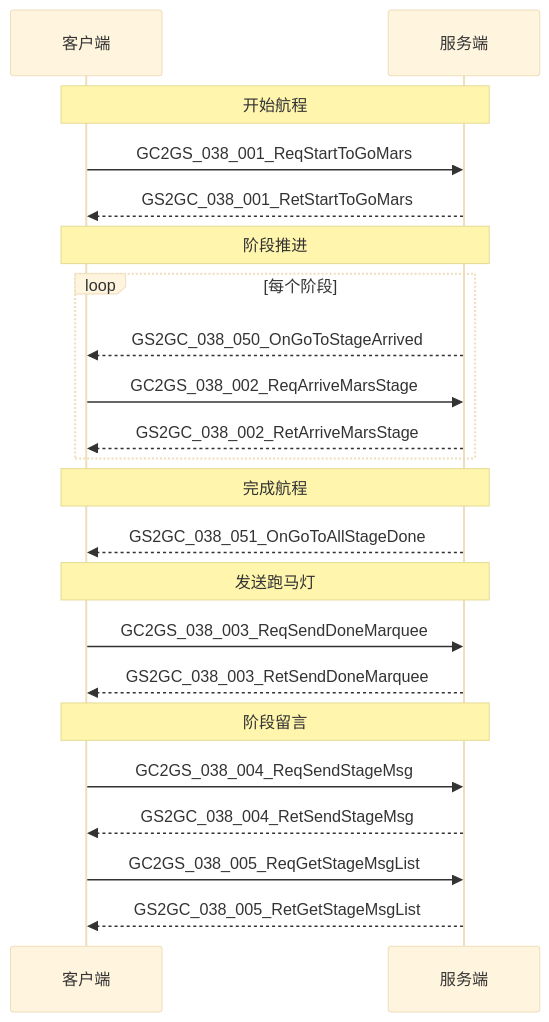
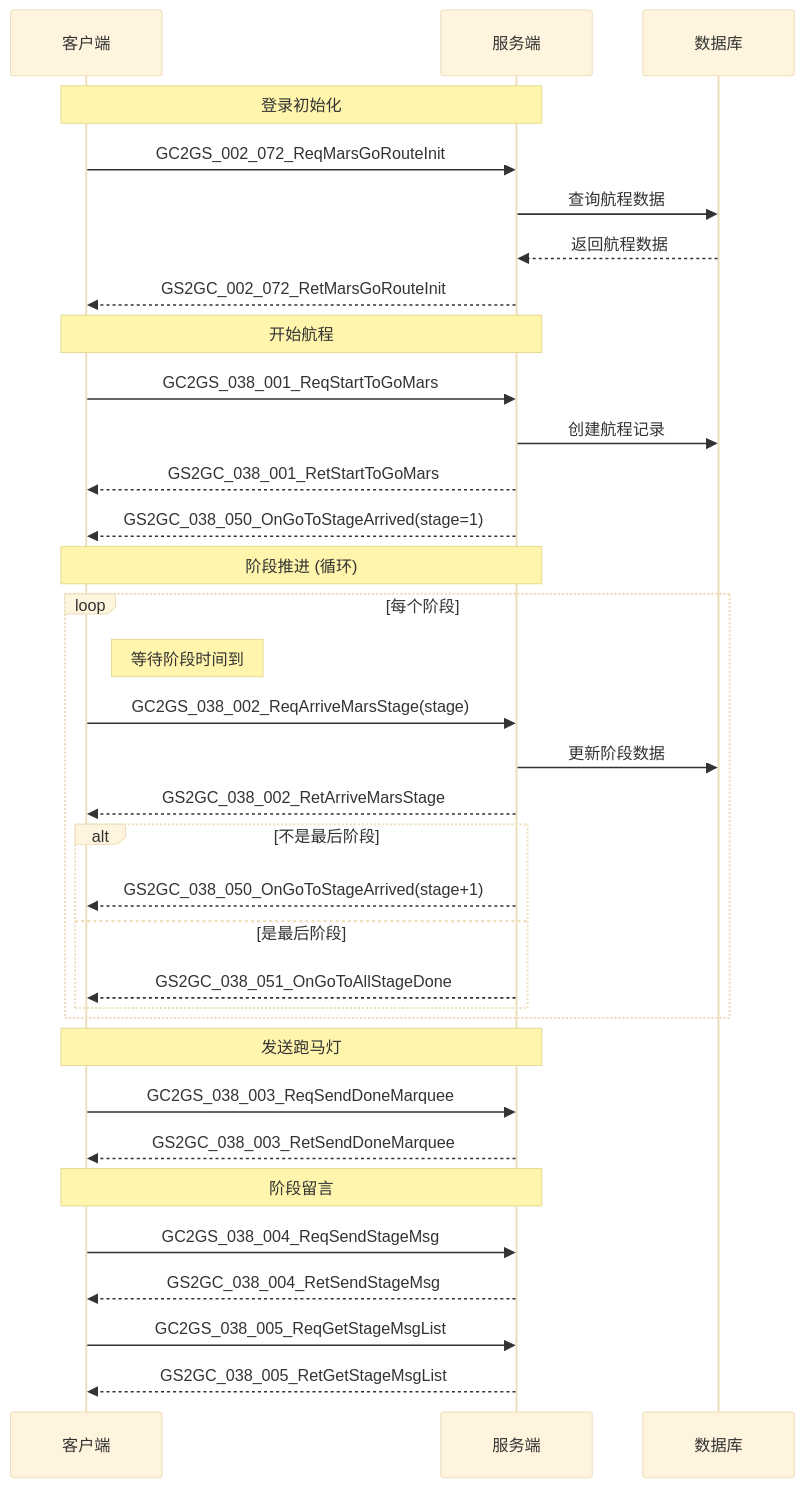
One commit to Alan-Ben/k2c_game_framework changed the second of 3 diagrams in docs/Module_Mars/02_协议文档.md. Above: the diagram before and after it, drawn with Mermaid (base theme). The commit also changed other lines of this file and 13 other files, not shown here.

````diff
--- a/docs/Module_Mars/02_协议文档.md
+++ b/docs/Module_Mars/02_协议文档.md
@@ -256,30 +391,43 @@
 ```mermaid
 sequenceDiagram
     participant Client as 客户端
     participant Server as 服务端
+    participant DB as 数据库
+
+    Note over Client,Server: 登录初始化
+    Client->>Server: GC2GS_002_072_ReqMarsGoRouteInit
+    Server->>DB: 查询航程数据
+    DB-->>Server: 返回航程数据
+    Server-->>Client: GS2GC_002_072_RetMarsGoRouteInit
 
     Note over Client,Server: 开始航程
     Client->>Server: GC2GS_038_001_ReqStartToGoMars
+    Server->>DB: 创建航程记录
     Server-->>Client: GS2GC_038_001_RetStartToGoMars
+    Server-->>Client: GS2GC_038_050_OnGoToStageArrived(stage=1)
 
-    Note over Client,Server: 阶段推进
+    Note over Client,Server: 阶段推进 (循环)
     loop 每个阶段
-        Server-->>Client: GS2GC_038_050_OnGoToStageArrived
-        Client->>Server: GC2GS_038_002_ReqArriveMarsStage
+        Note right of Client: 等待阶段时间到
+        Client->>Server: GC2GS_038_002_ReqArriveMarsStage(stage)
+        Server->>DB: 更新阶段数据
         Server-->>Client: GS2GC_038_002_RetArriveMarsStage
+
+        alt 不是最后阶段
+            Server-->>Client: GS2GC_038_050_OnGoToStageArrived(stage+1)
+        else 是最后阶段
+            Server-->>Client: GS2GC_038_051_OnGoToAllStageDone
+        end
     end
-
-    Note over Client,Server: 完成航程
-    Server-->>Client: GS2GC_038_051_OnGoToAllStageDone
 
     Note over Client,Server: 发送跑马灯
     Client->>Server: GC2GS_038_003_ReqSendDoneMarquee
     Server-->>Client: GS2GC_038_003_RetSendDoneMarquee
 
     Note over Client,Server: 阶段留言
     Client->>Server: GC2GS_038_004_ReqSendStageMsg
     Server-->>Client: GS2GC_038_004_RetSendStageMsg
 
     Client->>Server: GC2GS_038_005_ReqGetStageMsgList
     Server-->>Client: GS2GC_038_005_RetGetStageMsgList
 ```
````
